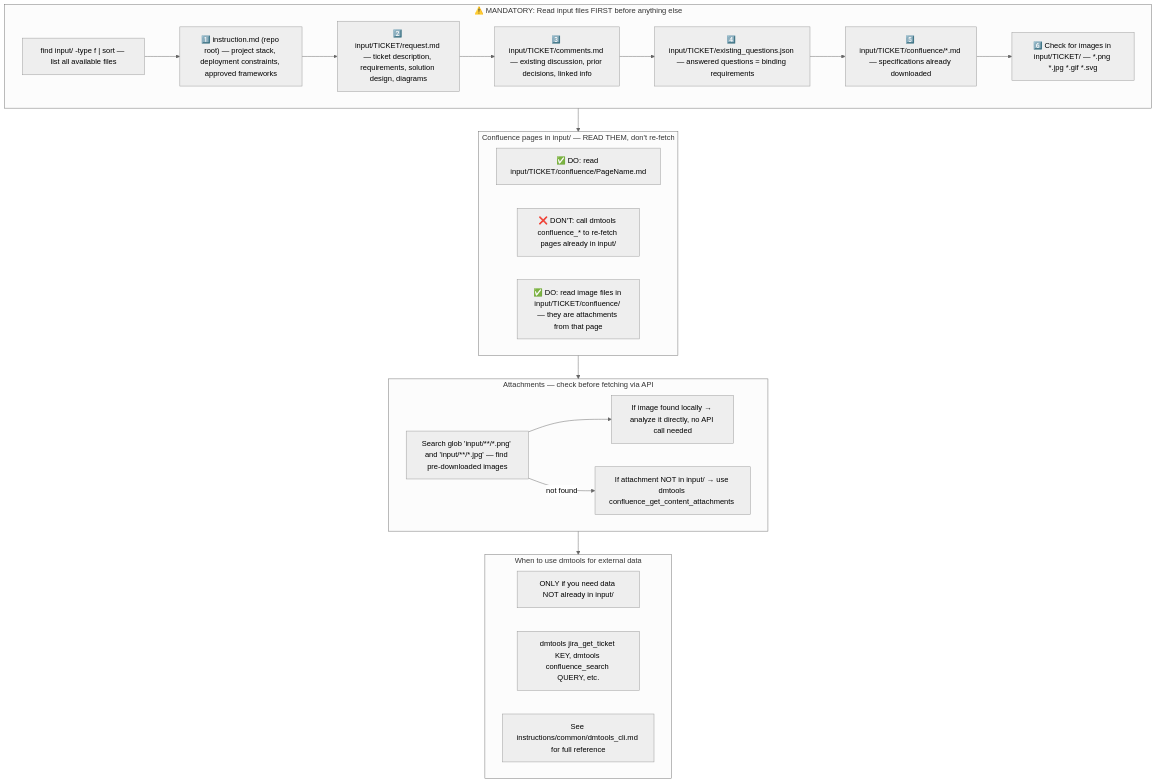
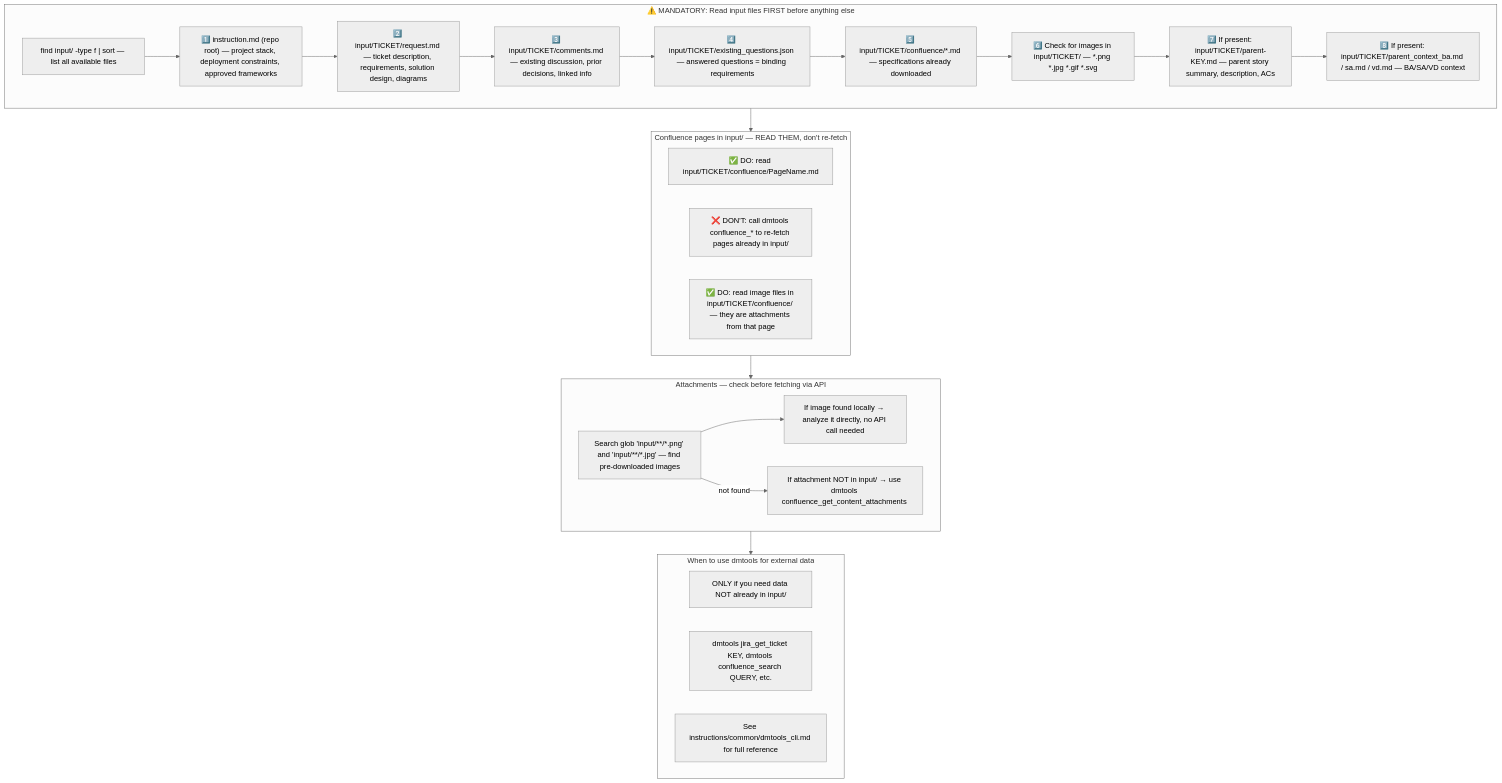
The diagram in instructions/common/input_context_reading.md (uladzimir-klyshevich-epam/dmtools-agents), drawn with Mermaid (neutral theme) before and after one commit. The commit also changed 12 other files, not shown here.

First line of the commit message:
feat(universal-parent-context): configurable parent story + sibling fetch for all agents

````diff
--- a/instructions/common/input_context_reading.md
+++ b/instructions/common/input_context_reading.md
@@ -1,35 +1,37 @@
 ```mermaid
 flowchart TD
     subgraph INPUT_ORDER["⚠️ MANDATORY: Read input files FIRST before anything else"]
         I0["find input/ -type f | sort — list all available files"]
         I1["1️⃣ instruction.md (repo root) — project stack, deployment constraints, approved frameworks"]
         I2["2️⃣ input/TICKET/request.md — ticket description, requirements, solution design, diagrams"]
         I3["3️⃣ input/TICKET/comments.md — existing discussion, prior decisions, linked info"]
         I4["4️⃣ input/TICKET/existing_questions.json — answered questions = binding requirements"]
         I5["5️⃣ input/TICKET/confluence/*.md — specifications already downloaded"]
         I6["6️⃣ Check for images in input/TICKET/ — *.png *.jpg *.gif *.svg"]
-        I0 --> I1 --> I2 --> I3 --> I4 --> I5 --> I6
+        I7["7️⃣ If present: input/TICKET/parent-KEY.md — parent story summary, description, ACs"]
+        I8["8️⃣ If present: input/TICKET/parent_context_ba.md / sa.md / vd.md — BA/SA/VD context"]
+        I0 --> I1 --> I2 --> I3 --> I4 --> I5 --> I6 --> I7 --> I8
     end
 
     subgraph CONFLUENCE_RULE["Confluence pages in input/ — READ THEM, don't re-fetch"]
         C1["✅ DO: read input/TICKET/confluence/PageName.md"]
         C2["❌ DON'T: call dmtools confluence_* to re-fetch pages already in input/"]
         C3["✅ DO: read image files in input/TICKET/confluence/ — they are attachments from that page"]
     end
 
     subgraph ATTACH_RULE["Attachments — check before fetching via API"]
         A1["Search glob 'input/**/*.png' and 'input/**/*.jpg' — find pre-downloaded images"]
         A2["If image found locally → analyze it directly, no API call needed"]
         A3["If attachment NOT in input/ → use dmtools confluence_get_content_attachments <id>"]
         A1 --> A2
         A1 -->|not found| A3
     end
 
     subgraph DMTOOLS_RULE["When to use dmtools for external data"]
         D1["ONLY if you need data NOT already in input/"]
         D2["dmtools jira_get_ticket KEY, dmtools confluence_search QUERY, etc."]
         D3["See instructions/common/dmtools_cli.md for full reference"]
     end
 
     INPUT_ORDER --> CONFLUENCE_RULE --> ATTACH_RULE --> DMTOOLS_RULE
 ```
````
